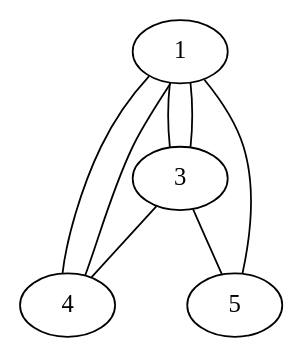
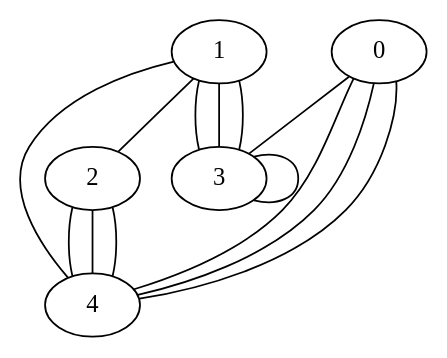
One commit to virtual1machine/flita-task2 changed the diagram in graph.dot. Above: the diagram before and after it, drawn with Graphviz. The commit also changed 8 other files, not shown here.

```diff
--- a/graph.dot
+++ b/graph.dot
@@ -1,11 +1,17 @@
 graph {
 
+0 -- 3
+0 -- 4
+0 -- 4
+0 -- 4
+1 -- 2
+1 -- 3
 1 -- 3
 1 -- 3
 1 -- 4
-1 -- 4
-1 -- 5
-3 -- 4
-3 -- 5
+2 -- 4
+2 -- 4
+2 -- 4
+3 -- 3
 
 }
```
